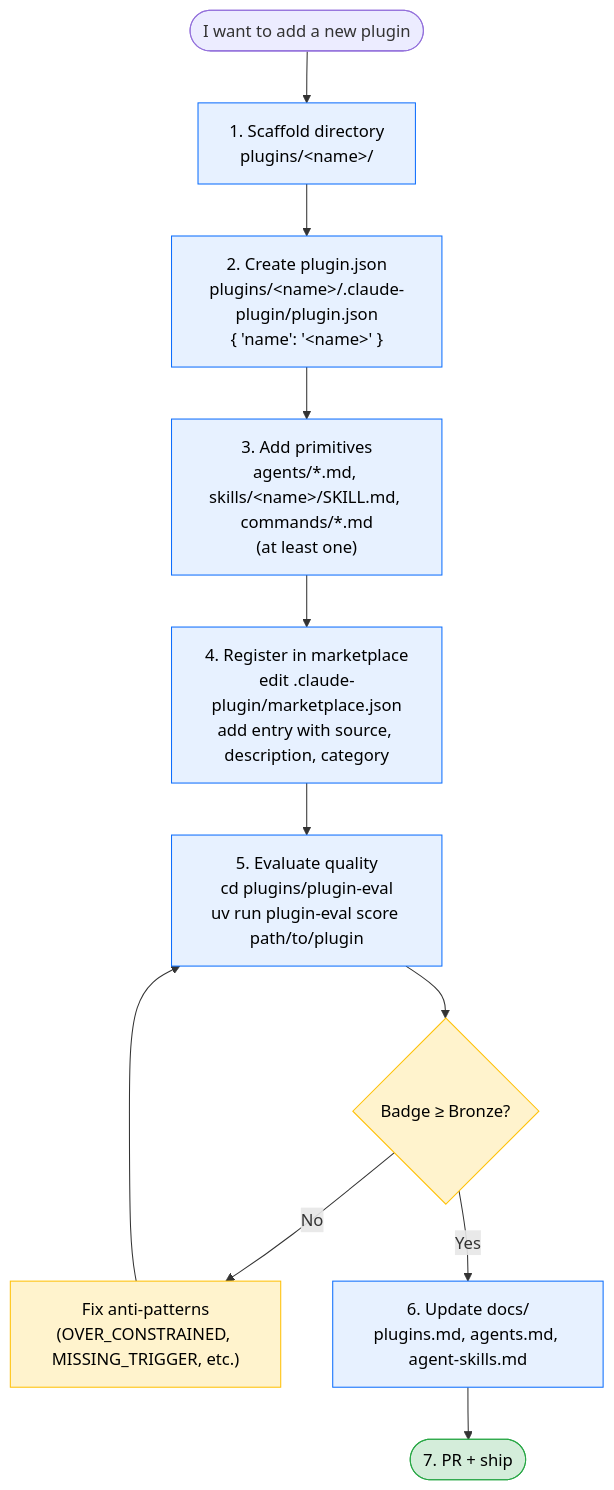
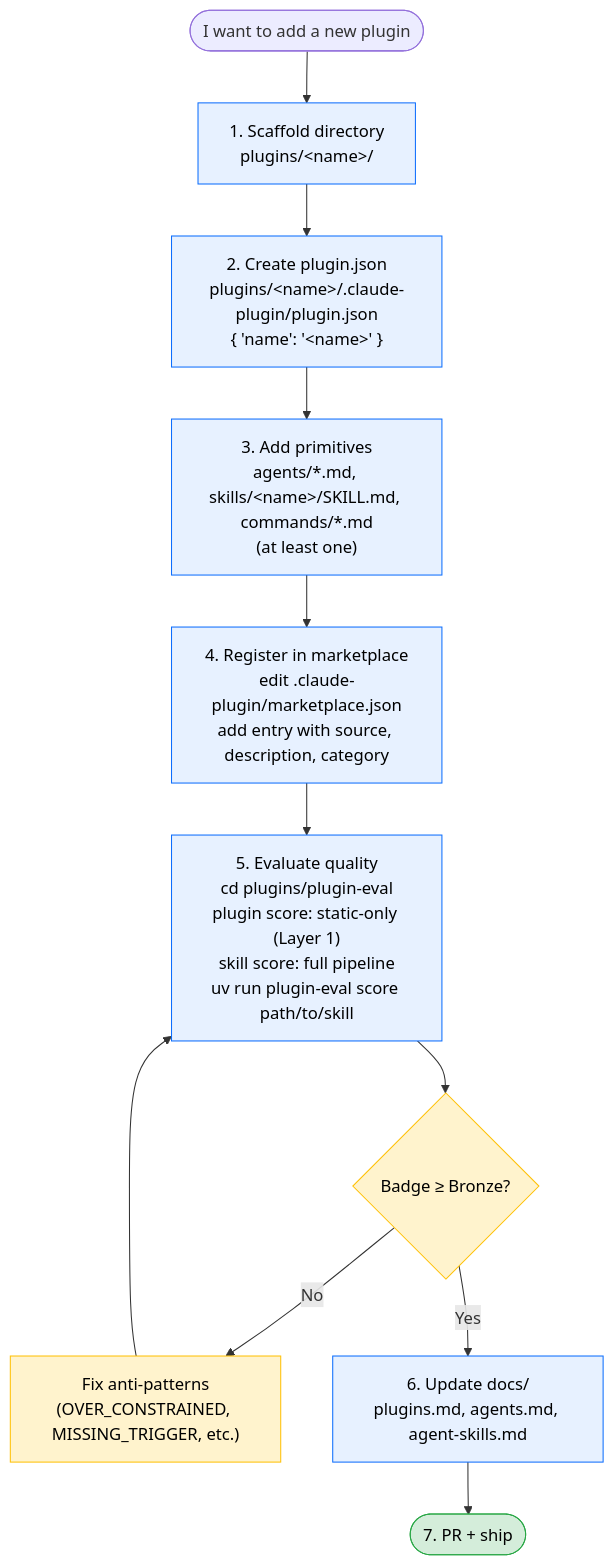
One commit to HunterLearn/agentsSkills changed the sixth of 8 diagrams in docs/visual-overview.md. Above: the diagram before and after it, drawn with Mermaid. The commit also changed other lines of this file, not shown here.

````diff
--- a/docs/visual-overview.md
+++ b/docs/visual-overview.md
@@ -210,20 +220,20 @@
 ```mermaid
 flowchart TB
     Start(["I want to add a new plugin"]) --> Step1
     Step1["1. Scaffold directory<br/>plugins/&lt;name&gt;/"] --> Step2
     Step2["2. Create plugin.json<br/>plugins/&lt;name&gt;/.claude-plugin/plugin.json<br/>{ 'name': '&lt;name&gt;' }"] --> Step3
     Step3["3. Add primitives<br/>agents/*.md, skills/&lt;name&gt;/SKILL.md, commands/*.md<br/>(at least one)"] --> Step4
     Step4["4. Register in marketplace<br/>edit .claude-plugin/marketplace.json<br/>add entry with source, description, category"] --> Step5
-    Step5["5. Evaluate quality<br/>cd plugins/plugin-eval<br/>uv run plugin-eval score path/to/plugin"] --> Decide{"Badge ≥ Bronze?"}
+    Step5["5. Evaluate quality<br/>cd plugins/plugin-eval<br/>plugin score: static-only (Layer 1)<br/>skill score: full pipeline<br/>uv run plugin-eval score path/to/skill"] --> Decide{"Badge ≥ Bronze?"}
     Decide -->|"No"| Fix["Fix anti-patterns<br/>(OVER_CONSTRAINED, MISSING_TRIGGER, etc.)"]
     Fix --> Step5
     Decide -->|"Yes"| Step6["6. Update docs/<br/>plugins.md, agents.md, agent-skills.md"]
     Step6 --> End(["7. PR + ship"])
 
     classDef step fill:#e7f1ff,stroke:#0d6efd,color:#000
     classDef check fill:#fff3cd,stroke:#ffc107,color:#000
     classDef done fill:#d4edda,stroke:#28a745,color:#000
     class Step1,Step2,Step3,Step4,Step5,Step6 step
     class Decide,Fix check
     class End done
 ```
````
